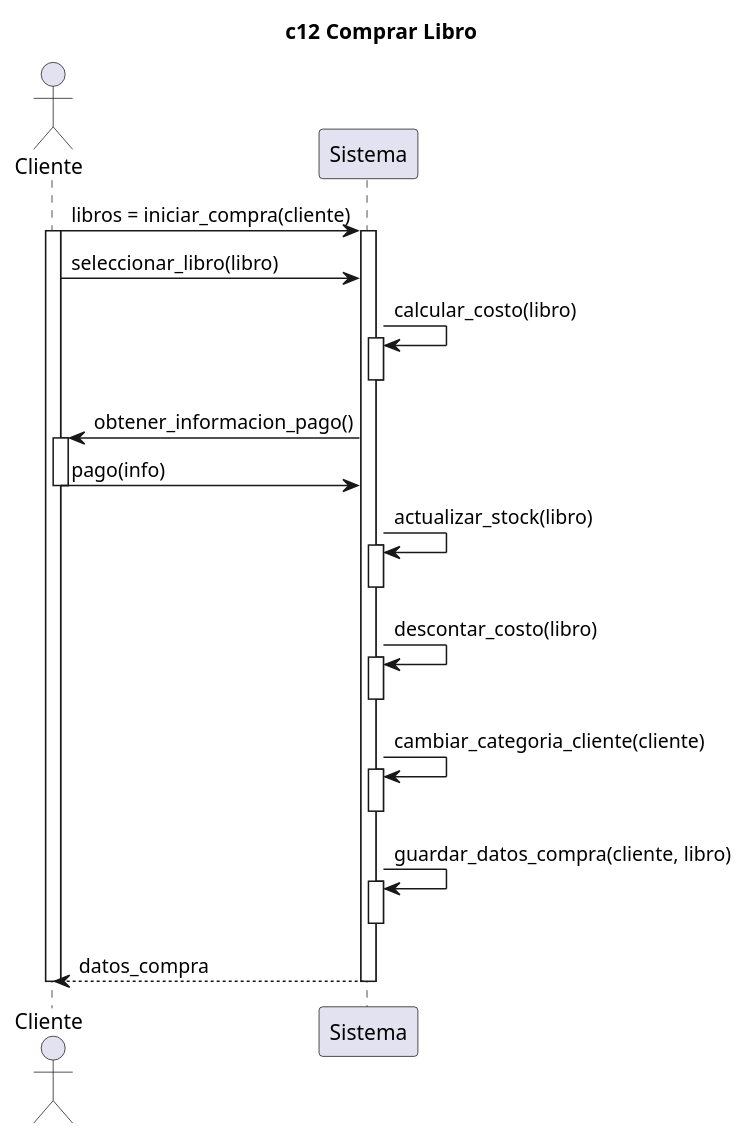
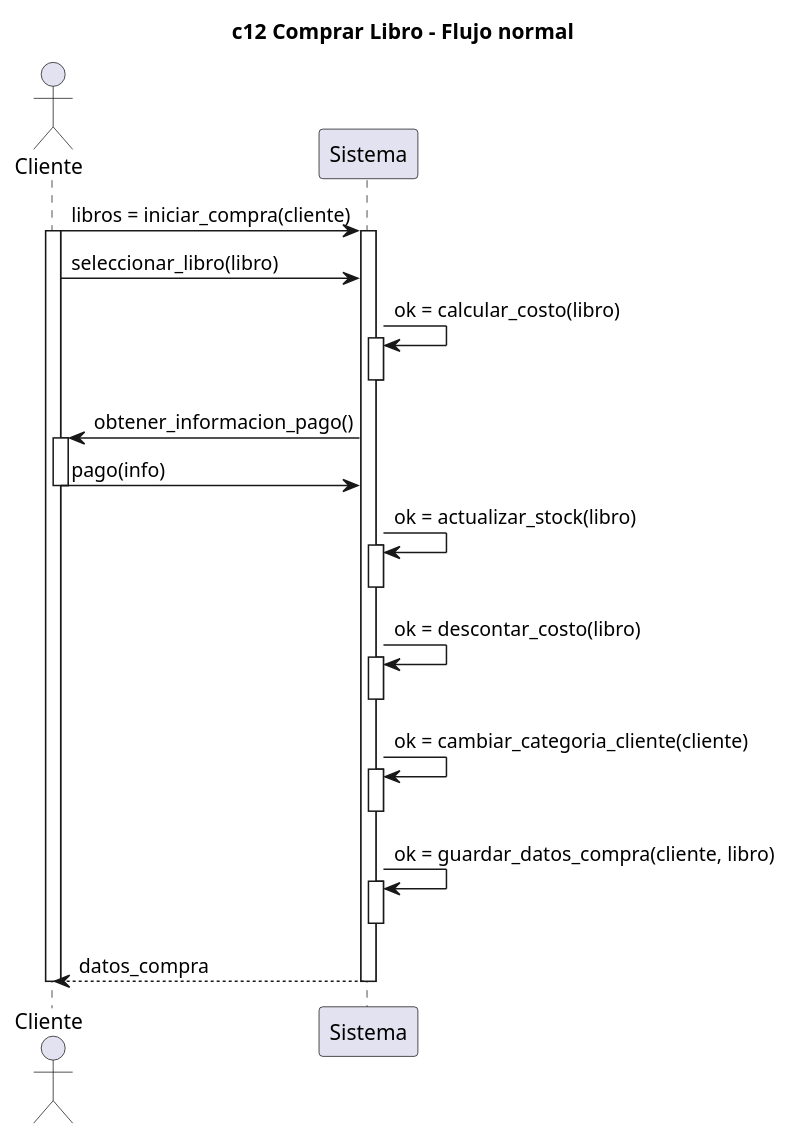
Before and after one commit to pablodanielrey/dsbm: the diagram in tp1/secuencia/compra/secuencia-flujo-ok.plantuml, drawn with PlantUML. The commit also changed 2 other files, not shown here.

```diff
--- a/tp1/secuencia/compra/secuencia-flujo-ok.plantuml
+++ b/tp1/secuencia/compra/secuencia-flujo-ok.plantuml
@@ -1,47 +1,45 @@
 @startuml
 
 
-title c12 Comprar Libro
+title c12 Comprar Libro - Flujo normal
 
 actor Cliente as c
 participant Sistema as s
 
 c -> s : libros = iniciar_compra(cliente)
 activate c
     activate s
             c -> s : seleccionar_libro(libro)
 
-            s -> s : calcular_costo(libro)
+            s -> s : ok = calcular_costo(libro)
             activate s
             deactivate s
 
             c <- s : obtener_informacion_pago()
             activate c
                 c -> s : pago(info)
             deactivate c
 
-            s -> s : actualizar_stock(libro)
+            s -> s : ok = actualizar_stock(libro)
             activate s
             deactivate s            
 
-
-            s -> s : descontar_costo(libro)
+            s -> s : ok = descontar_costo(libro)
             activate s
             deactivate s
 
-
-            s -> s : cambiar_categoria_cliente(cliente)
+            s -> s : ok = cambiar_categoria_cliente(cliente)
             activate s
             deactivate s
 
-            s -> s : guardar_datos_compra(cliente, libro)
+            s -> s : ok = guardar_datos_compra(cliente, libro)
             activate s
             deactivate s
 
             c <-- s : datos_compra
 
     deactivate s
 
 deactivate c
 
 @enduml
```
